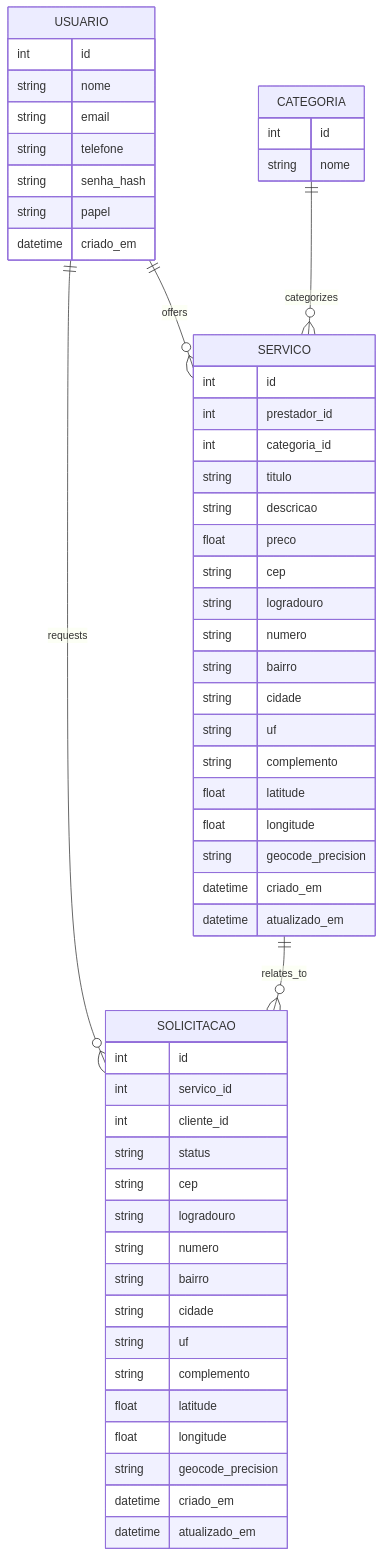
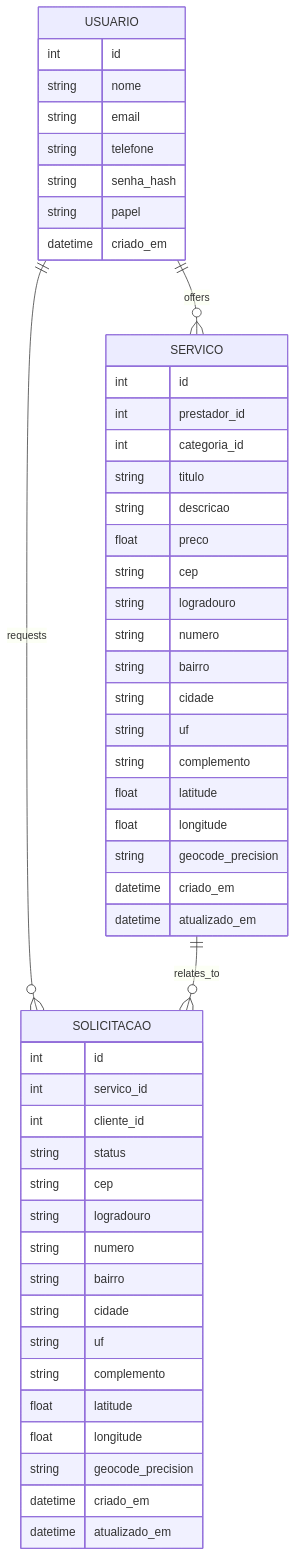
Before and after one commit to adsgrupo12/projeto-desenrola-ai: the diagram in docs/database/database_model.md, drawn with Mermaid. The commit also changed other lines of this file and 41 other files, not shown here.

````diff
--- a/docs/database/database_model.md
+++ b/docs/database/database_model.md
@@ -32,62 +30,56 @@
 ```mermaid
 erDiagram
   USUARIO ||--o{ SERVICO : offers
   USUARIO ||--o{ SOLICITACAO : requests
   SERVICO ||--o{ SOLICITACAO : relates_to
-  CATEGORIA ||--o{ SERVICO : categorizes
 
   USUARIO {
     int id
     string nome
     string email
     string telefone
     string senha_hash
     string papel
     datetime criado_em
-  }
-
-  CATEGORIA {
-    int id
-    string nome
   }
 
   SERVICO {
     int id
     int prestador_id
     int categoria_id
     string titulo
     string descricao
     float preco
     string cep
     string logradouro
     string numero
     string bairro
     string cidade
     string uf
     string complemento
     float latitude
     float longitude
     string geocode_precision
     datetime criado_em
     datetime atualizado_em
   }
 
   SOLICITACAO {
     int id
     int servico_id
     int cliente_id
     string status
     string cep
     string logradouro
     string numero
     string bairro
     string cidade
     string uf
     string complemento
     float latitude
     float longitude
     string geocode_precision
     datetime criado_em
     datetime atualizado_em
   }
 ```
````
